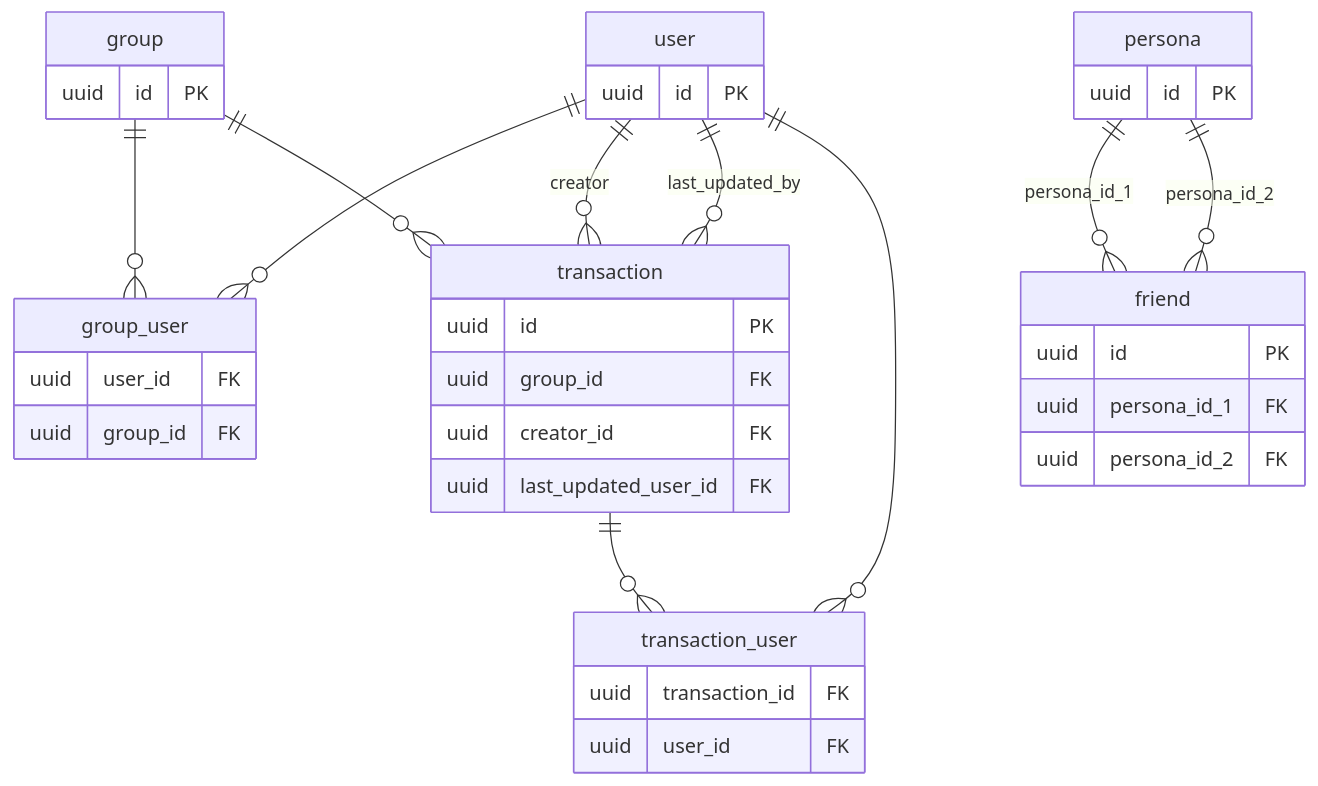
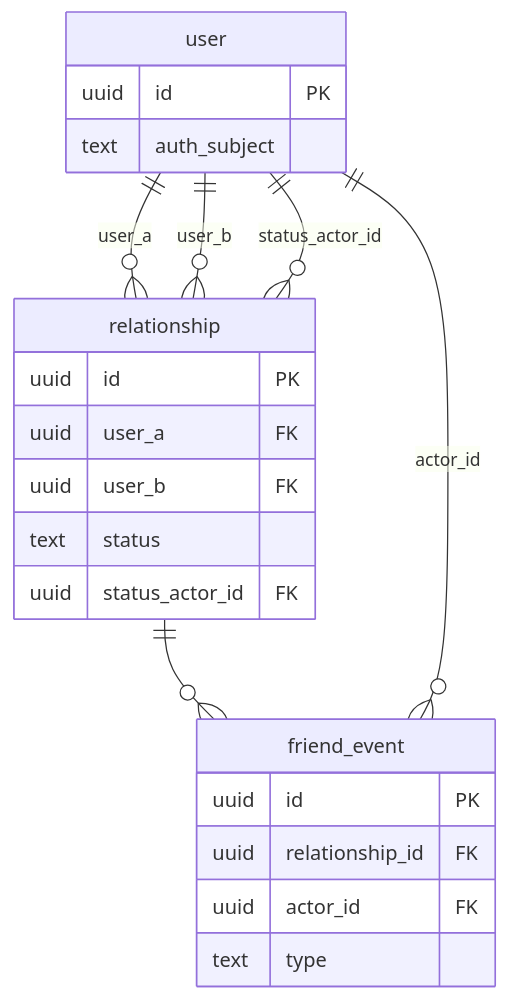
The diagram in database/erd.md (fair-n-square-co/docs), drawn with Mermaid before and after one commit. The commit also changed other lines of this file and 3 other files, not shown here.

First line of the commit message:
docs: replace persona/friend ERD with lean relationship + events model

````diff
--- a/database/erd.md
+++ b/database/erd.md
@@ -1,41 +7,25 @@
 ```mermaid
 erDiagram
-    group {
-        uuid id PK
-    }
     user {
         uuid id PK
+        text auth_subject
     }
-    group_user {
-        uuid user_id FK
-        uuid group_id FK
+    relationship {
+        uuid id PK
+        uuid user_a FK
+        uuid user_b FK
+        text status
+        uuid status_actor_id FK
     }
-    transaction {
+    friend_event {
         uuid id PK
-        uuid group_id FK
-        uuid creator_id FK
-        uuid last_updated_user_id FK
+        uuid relationship_id FK
+        uuid actor_id FK
+        text type
     }
-    transaction_user {
-        uuid transaction_id FK
-        uuid user_id FK
-    }
-    persona {
-        uuid id PK
-    }
-    friend {
-        uuid id PK
-        uuid persona_id_1 FK
-        uuid persona_id_2 FK
-    }
-
-    group ||--o{ group_user : ""
-    user ||--o{ group_user : ""
-    group ||--o{ transaction : ""
-    user ||--o{ transaction : "creator"
-    user ||--o{ transaction : "last_updated_by"
-    transaction ||--o{ transaction_user : ""
-    user ||--o{ transaction_user : ""
-    persona ||--o{ friend : "persona_id_1"
-    persona ||--o{ friend : "persona_id_2"
+    user ||--o{ relationship : "user_a"
+    user ||--o{ relationship : "user_b"
+    user ||--o{ relationship : "status_actor_id"
+    relationship ||--o{ friend_event : ""
+    user ||--o{ friend_event : "actor_id"
 ```
````
